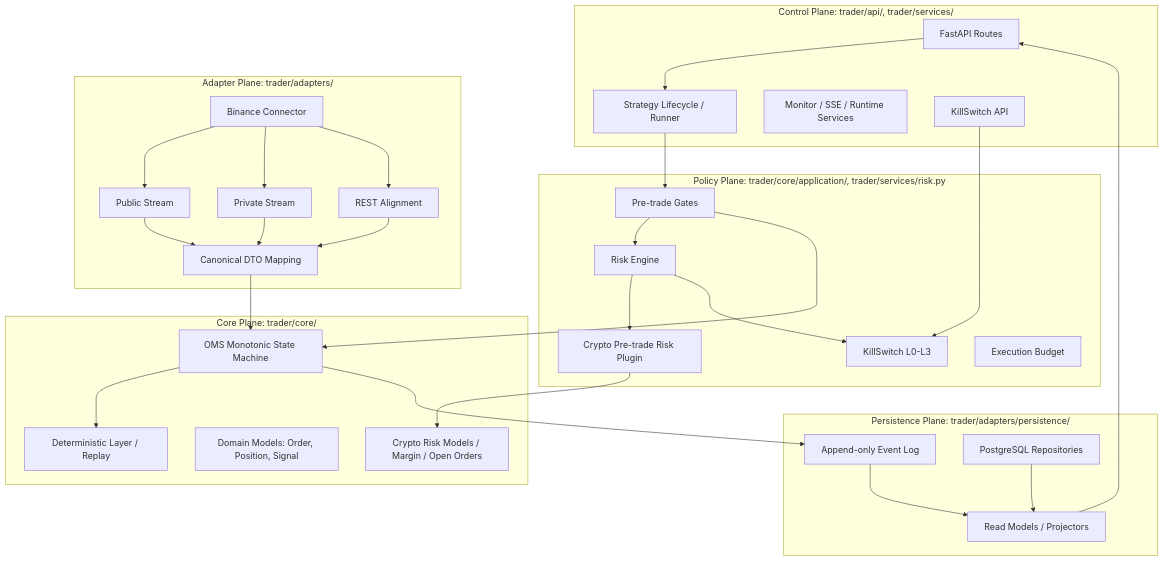
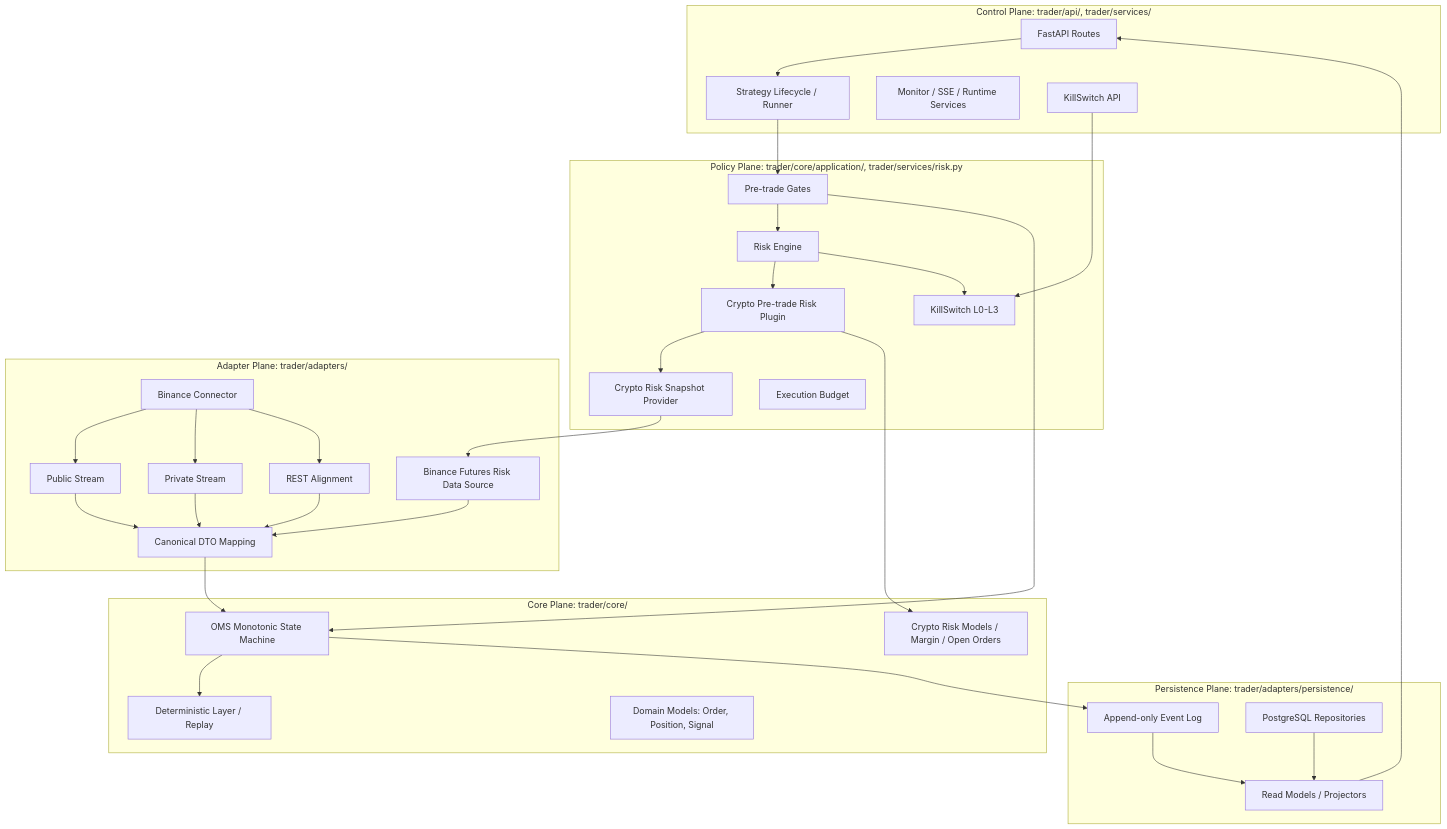
Before and after one commit to xiaomiaoalex/quant_trading_system: the first of 6 diagrams in docs/PROJECT_ARCHITECTURE.md, drawn with Mermaid. The commit also changed other lines of this file and 15 other files, not shown here.

Commit message:
feat(task-9.2): wire crypto risk snapshots

````diff
--- a/docs/PROJECT_ARCHITECTURE.md
+++ b/docs/PROJECT_ARCHITECTURE.md
@@ -16,59 +16,64 @@
 ```mermaid
 flowchart TB
     subgraph Control["Control Plane: trader/api/, trader/services/"]
         API["FastAPI Routes"]
         Lifecycle["Strategy Lifecycle / Runner"]
         Monitor["Monitor / SSE / Runtime Services"]
         KillAPI["KillSwitch API"]
     end
 
     subgraph Policy["Policy Plane: trader/core/application/, trader/services/risk.py"]
         Risk["Risk Engine"]
         Gate["Pre-trade Gates"]
         CryptoGate["Crypto Pre-trade Risk Plugin"]
+        CryptoSnapshot["Crypto Risk Snapshot Provider"]
         Kill["KillSwitch L0-L3"]
         Budget["Execution Budget"]
     end
 
     subgraph Core["Core Plane: trader/core/"]
         OMS["OMS Monotonic State Machine"]
         Deterministic["Deterministic Layer / Replay"]
         Domain["Domain Models: Order, Position, Signal"]
         CryptoRisk["Crypto Risk Models / Margin / Open Orders"]
     end
 
     subgraph Adapter["Adapter Plane: trader/adapters/"]
         Binance["Binance Connector"]
         PublicWS["Public Stream"]
         PrivateWS["Private Stream"]
         RestAlign["REST Alignment"]
         Clean["Canonical DTO Mapping"]
+        CryptoSource["Binance Futures Risk Data Source"]
     end
 
     subgraph Persistence["Persistence Plane: trader/adapters/persistence/"]
         EventLog["Append-only Event Log"]
         PG["PostgreSQL Repositories"]
         Projection["Read Models / Projectors"]
     end
 
     API --> Lifecycle
     Lifecycle --> Gate
     Gate --> Risk
     Risk --> CryptoGate
+    CryptoGate --> CryptoSnapshot
     CryptoGate --> CryptoRisk
+    CryptoSnapshot --> CryptoSource
     Risk --> Kill
     Gate --> OMS
     OMS --> Deterministic
     OMS --> EventLog
     EventLog --> Projection
     Projection --> API
     Binance --> PublicWS
     Binance --> PrivateWS
     Binance --> RestAlign
     PublicWS --> Clean
     PrivateWS --> Clean
     RestAlign --> Clean
     Clean --> OMS
+    CryptoSource --> Clean
     PG --> Projection
     KillAPI --> Kill
 ```
````
